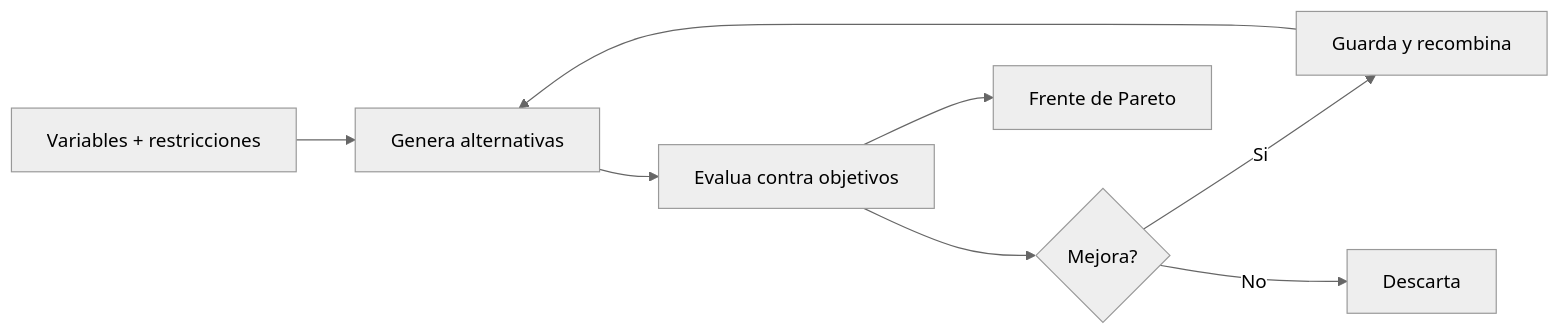
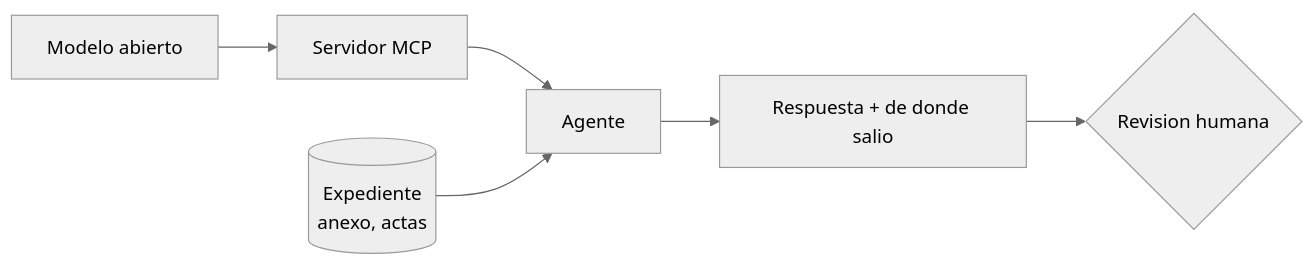
One commit to puyojulian-ascend/DiplomadoBIM.IA changed the first of 2 diagrams in docs/sessions/08-diseno-generativo.md. Above: the diagram before and after it, drawn with Mermaid (neutral theme). The commit also changed other lines of this file and 14 other files, not shown here.

Commit message:
Publica la sesión 08 con el bloque práctico contra el modelo vivo (#4)

````diff
--- a/docs/sessions/08-diseno-generativo.md
+++ b/docs/sessions/08-diseno-generativo.md
@@ -103,10 +111,8 @@
 ```mermaid
 flowchart LR
-    A[Variables + restricciones] --> B[Genera alternativas]
-    B --> C[Evalua contra objetivos]
-    C --> D{Mejora?}
-    D -- Si --> E[Guarda y recombina]
-    D -- No --> F[Descarta]
-    E --> B
-    C --> G[Frente de Pareto]
+    A[Modelo abierto] --> B[Servidor MCP]
+    B --> C[Agente]
+    D[(Expediente<br/>anexo, actas)] --> C
+    C --> E[Respuesta + de donde salio]
+    E --> F{Revision humana}
 ```
````
